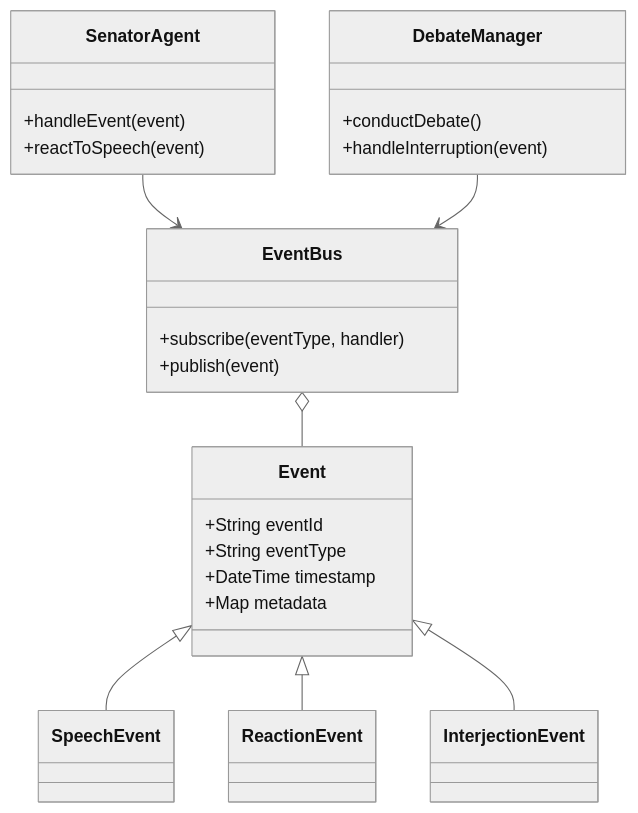
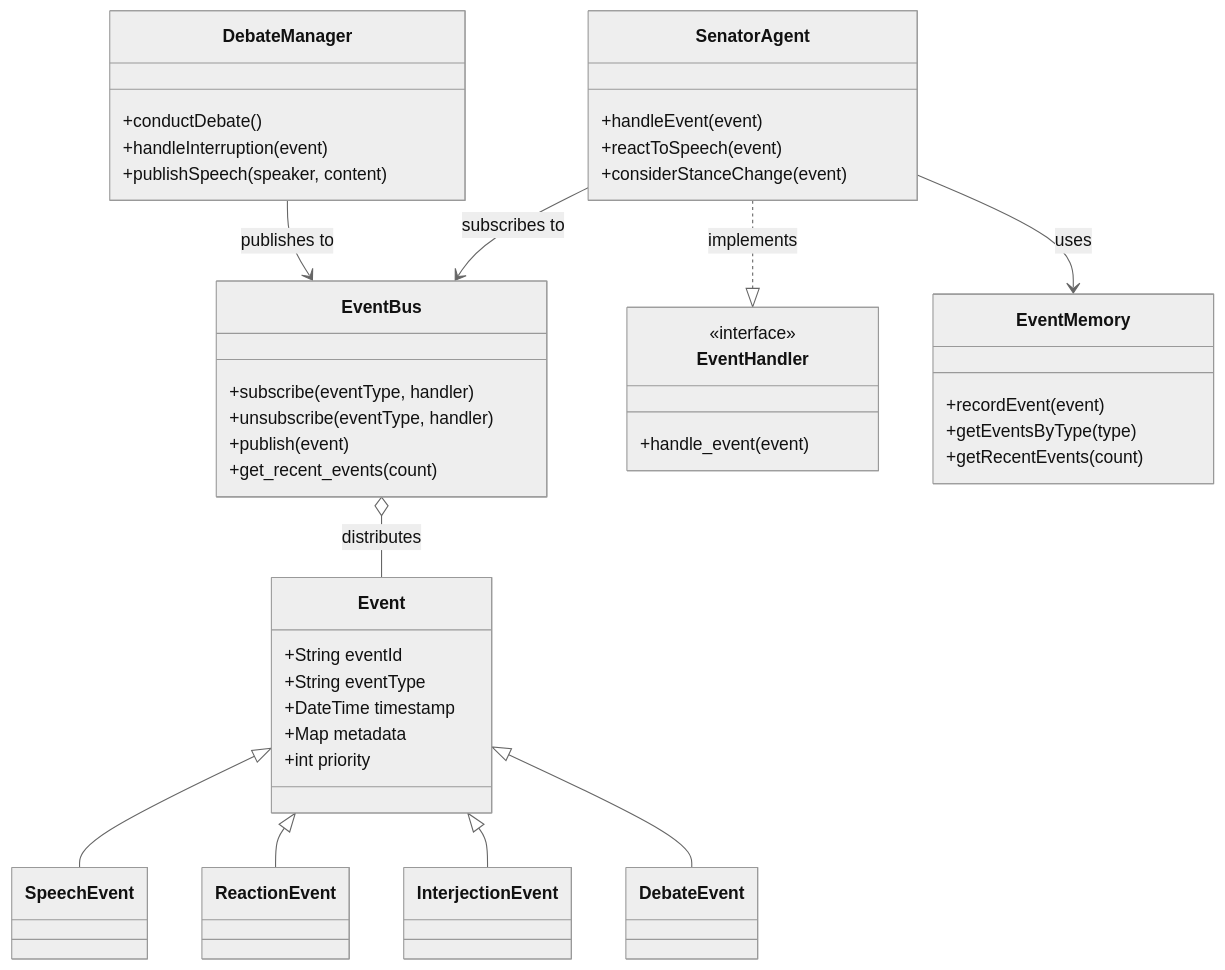
One commit to ianlintner/forum changed the first of 2 diagrams in docs/event_system/README.md. Above: the diagram before and after it, drawn with Mermaid (neutral theme). The commit also changed other lines of this file and 2 other files, not shown here.

First line of the commit message:
Update user guide for Roman Senate Event System to version 1.1.0

````diff
--- a/docs/event_system/README.md
+++ b/docs/event_system/README.md
@@ -68,32 +74,51 @@
 ```mermaid
 classDiagram
     class Event {
         +String eventId
         +String eventType
         +DateTime timestamp
         +Map metadata
+        +int priority
     }
     
     class EventBus {
         +subscribe(eventType, handler)
+        +unsubscribe(eventType, handler)
         +publish(event)
+        +get_recent_events(count)
+    }
+    
+    class EventHandler {
+        <<interface>>
+        +handle_event(event)
     }
     
     class SenatorAgent {
         +handleEvent(event)
         +reactToSpeech(event)
+        +considerStanceChange(event)
     }
     
     class DebateManager {
         +conductDebate()
         +handleInterruption(event)
+        +publishSpeech(speaker, content)
+    }
+    
+    class EventMemory {
+        +recordEvent(event)
+        +getEventsByType(type)
+        +getRecentEvents(count)
     }
     
     Event <|-- SpeechEvent
     Event <|-- ReactionEvent
     Event <|-- InterjectionEvent
+    Event <|-- DebateEvent
     
-    EventBus o-- Event
-    SenatorAgent --> EventBus
-    DebateManager --> EventBus
+    EventBus o-- Event : distributes
+    SenatorAgent ..|> EventHandler : implements
+    SenatorAgent --> EventBus : subscribes to
+    SenatorAgent --> EventMemory : uses
+    DebateManager --> EventBus : publishes to
 ```
````
